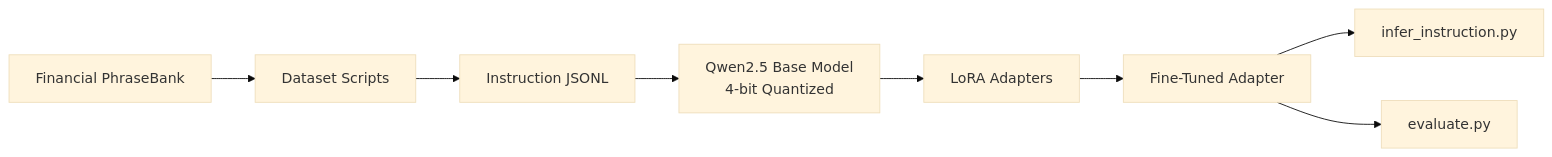
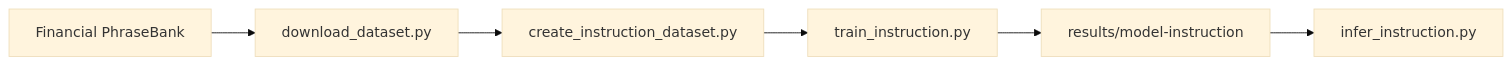
One commit to YALINYAN-YU/financial-llm-finetuning changed the diagram in README.md. Above: the diagram before and after it, drawn with Mermaid (base theme). The commit also changed other lines of this file and 5 other files, not shown here.

````diff
--- a/README.md
+++ b/README.md
@@ -35,10 +126,8 @@
 ```mermaid
 flowchart LR
-    A[Financial PhraseBank] --> B[Dataset Scripts]
-    B --> C[Instruction JSONL]
-    C --> D[Qwen2.5 Base Model<br/>4-bit Quantized]
-    D --> E[LoRA Adapters]
-    E --> F[Fine-Tuned Adapter]
-    F --> G[infer_instruction.py]
-    F --> H[evaluate.py]
+    A[Financial PhraseBank] --> B[download_dataset.py]
+    B --> C[create_instruction_dataset.py]
+    C --> D[train_instruction.py]
+    D --> E[results/model-instruction]
+    E --> F[infer_instruction.py]
 ```
````
